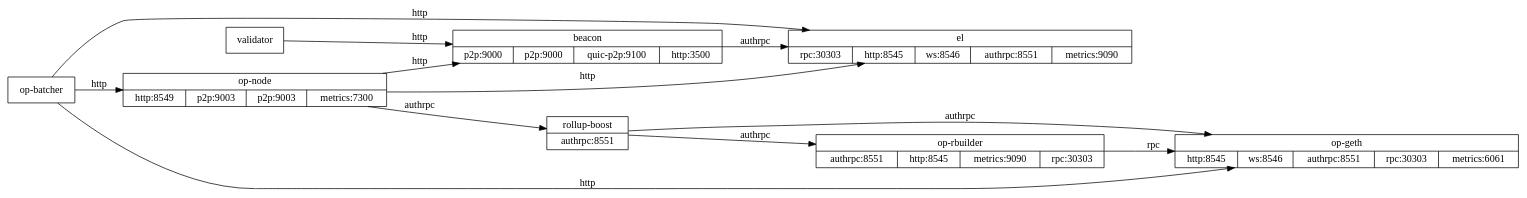
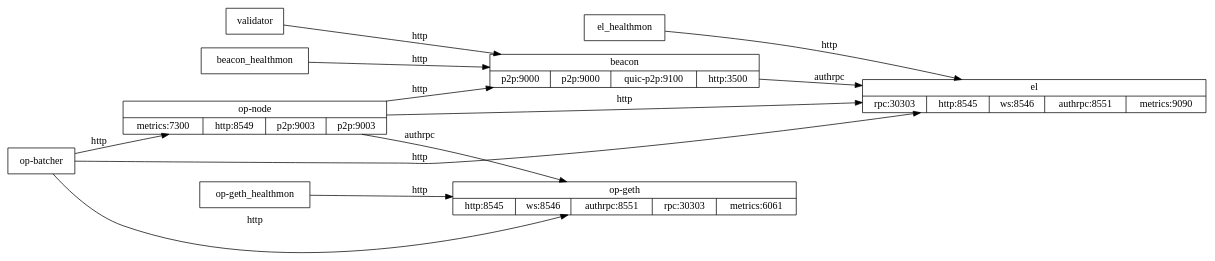
One commit to cbarbieru/l2-censorship-mitigation-lab changed the diagram in storage/graph.dot. Above: the diagram before and after it, drawn with Graphviz. The commit also changed 123 other files, not shown here.

```diff
--- a/storage/graph.dot
+++ b/storage/graph.dot
@@ -1,25 +1,26 @@
 digraph G {
   rankdir=LR;
   node [shape=record];
 
   el [label="el|{rpc:30303|http:8545|ws:8546|authrpc:8551|metrics:9090}"];
+  el_healthmon [label="el_healthmon"];
   beacon [label="beacon|{p2p:9000|p2p:9000|quic-p2p:9100|http:3500}"];
+  beacon_healthmon [label="beacon_healthmon"];
   validator [label="validator"];
   op_geth [label="op-geth|{http:8545|ws:8546|authrpc:8551|rpc:30303|metrics:6061}"];
-  op_rbuilder [label="op-rbuilder|{authrpc:8551|http:8545|metrics:9090|rpc:30303}"];
-  rollup_boost [label="rollup-boost|{authrpc:8551}"];
-  op_node [label="op-node|{http:8549|p2p:9003|p2p:9003|metrics:7300}"];
+  op_geth_healthmon [label="op-geth_healthmon"];
+  op_node [label="op-node|{metrics:7300|http:8549|p2p:9003|p2p:9003}"];
   op_batcher [label="op-batcher"];
 
+  el_healthmon -> el [label="http"];
   beacon -> el [label="authrpc"];
+  beacon_healthmon -> beacon [label="http"];
   validator -> beacon [label="http"];
-  op_rbuilder -> op_geth [label="rpc"];
-  rollup_boost -> op_geth [label="authrpc"];
-  rollup_boost -> op_rbuilder [label="authrpc"];
+  op_geth_healthmon -> op_geth [label="http"];
   op_node -> el [label="http"];
   op_node -> beacon [label="http"];
-  op_node -> rollup_boost [label="authrpc"];
+  op_node -> op_geth [label="authrpc"];
   op_batcher -> el [label="http"];
   op_batcher -> op_geth [label="http"];
   op_batcher -> op_node [label="http"];
 }
```
